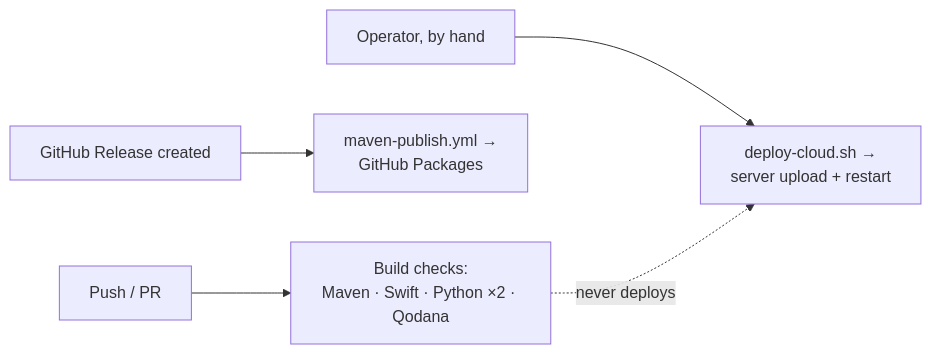
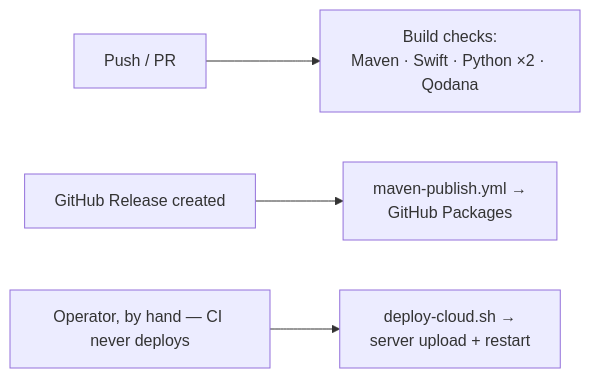
Before and after one commit to linoalessio/cloud-driver: the second of 2 diagrams in docs/deployment.md, drawn with Mermaid.

Commit message:
fixed diagram in deployment.md

````diff
--- a/docs/deployment.md
+++ b/docs/deployment.md
@@ -46,7 +46,6 @@
 ```mermaid
 flowchart LR
     PUSH["Push / PR"] --> CI["Build checks:<br/>Maven · Swift · Python ×2 · Qodana"]
     REL["GitHub Release created"] --> PUB["maven-publish.yml →<br/>GitHub Packages"]
-    OP["Operator, by hand"] --> DEP["deploy-cloud.sh →<br/>server upload + restart"]
-    CI -.->|"never deploys"| DEP
+    OP["Operator, by hand — CI never deploys"] --> DEP["deploy-cloud.sh →<br/>server upload + restart"]
 ```
````
